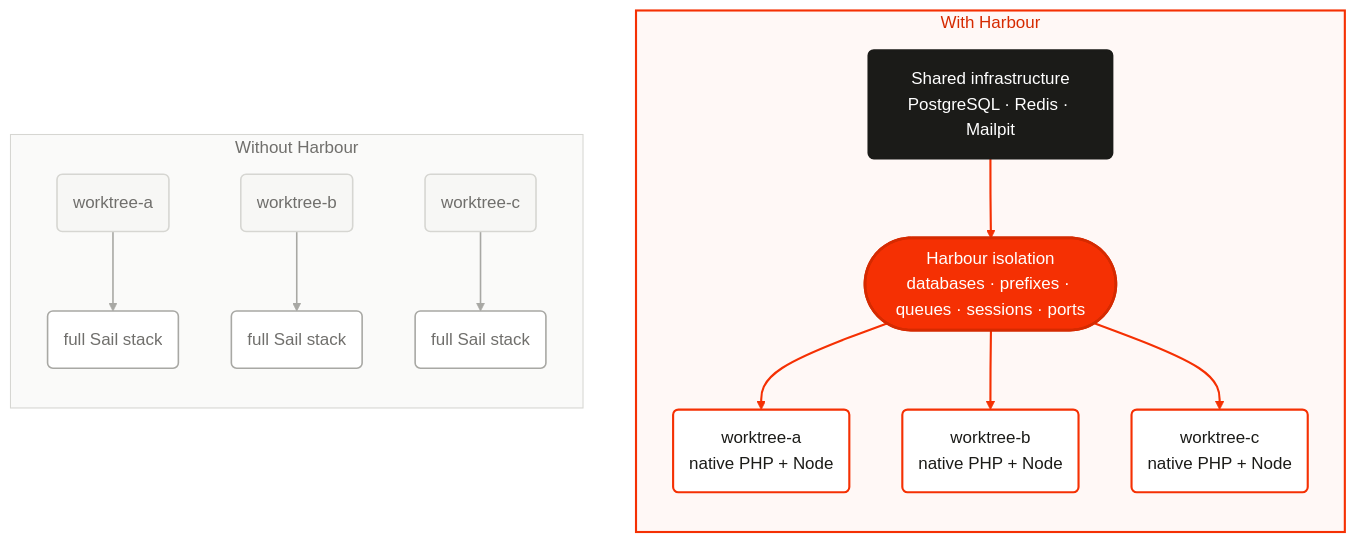
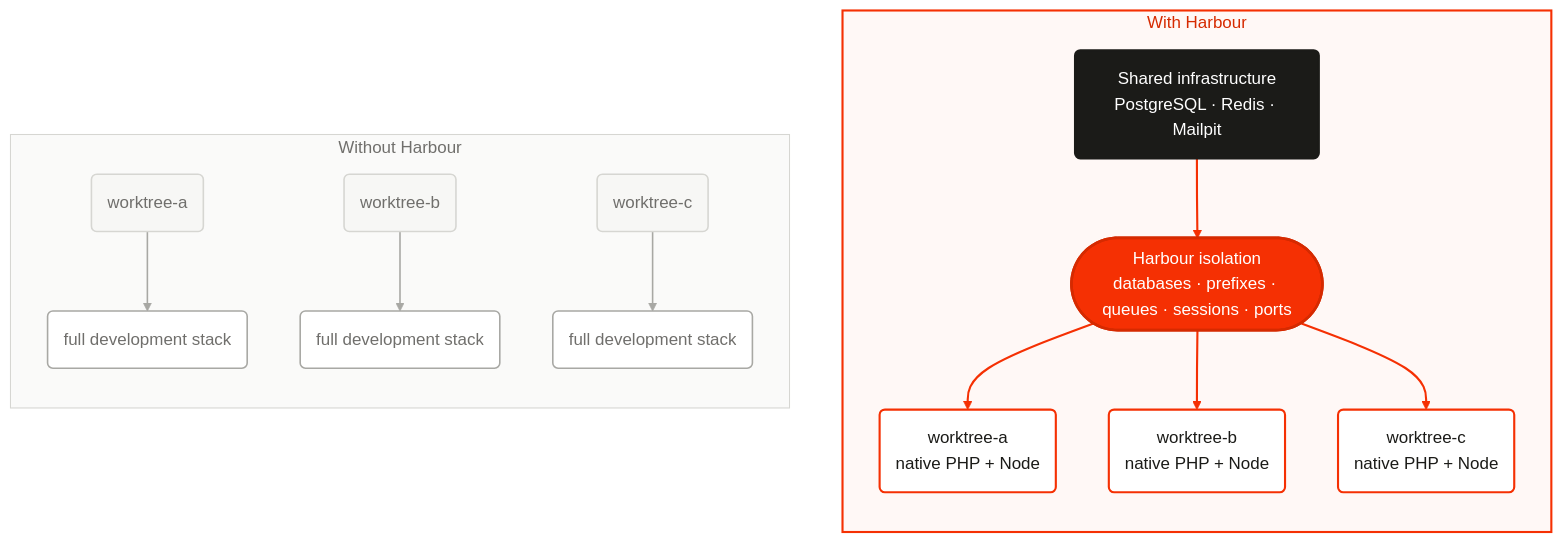
Before and after one commit to pickeringtech/harbour: the diagram in README.template.md, drawn with Mermaid. The commit also changed other lines of this file and 8 other files, not shown here.

Commit message:
docs: clarify how Harbour complements Sail

````diff
--- a/README.template.md
+++ b/README.template.md
@@ -17,40 +17,40 @@
 ```mermaid
 flowchart LR
     accTitle: Harbour shared-infrastructure model
-    accDescr: Without Harbour, every worktree runs a complete Sail stack. With Harbour, native PHP and Node worktrees connect through isolated namespaces to shared PostgreSQL, Redis, and Mailpit services.
+    accDescr: Without Harbour, every worktree may run a complete development stack. With Harbour, native PHP and Node worktrees connect through isolated namespaces to shared PostgreSQL, Redis, and Mailpit services.
 
     subgraph without[Without Harbour]
         direction TB
-        WA("worktree-a") --> SA("full Sail stack")
-        WB("worktree-b") --> SB("full Sail stack")
-        WC("worktree-c") --> SC("full Sail stack")
+        WA("worktree-a") --> SA("full development stack")
+        WB("worktree-b") --> SB("full development stack")
+        WC("worktree-c") --> SC("full development stack")
     end
 
     subgraph with[With Harbour]
         direction TB
         shared("Shared infrastructure<br/>PostgreSQL · Redis · Mailpit")
         shared --> namespaces([Harbour isolation<br/>databases · prefixes · queues · sessions · ports])
         namespaces --> HA("worktree-a<br/>native PHP + Node")
         namespaces --> HB("worktree-b<br/>native PHP + Node")
         namespaces --> HC("worktree-c<br/>native PHP + Node")
     end
 
     SC ~~~ shared
 
     classDef muted fill:#f7f7f5,stroke:#d6d6d2,color:#706f6c,stroke-width:1.5px
     classDef stack fill:#ffffff,stroke:#a8a8a4,color:#706f6c,stroke-width:1.5px
     classDef shared fill:#1b1b18,stroke:#1b1b18,color:#ffffff,stroke-width:2px
     classDef harbour fill:#f53003,stroke:#d62a00,color:#ffffff,stroke-width:2.5px
     classDef workspace fill:#ffffff,stroke:#f53003,color:#1b1b18,stroke-width:2px
 
     class WA,WB,WC muted
     class SA,SB,SC stack
     class shared shared
     class namespaces harbour
     class HA,HB,HC workspace
 
     style without fill:#fafaf9,stroke:#d6d6d2,stroke-width:1px,color:#706f6c
     style with fill:#fff8f6,stroke:#f53003,stroke-width:2px,color:#d62a00
     linkStyle 0,1,2 stroke:#a8a8a4,stroke-width:1.5px
     linkStyle 3,4,5,6 stroke:#f53003,stroke-width:2px
 ```
````
